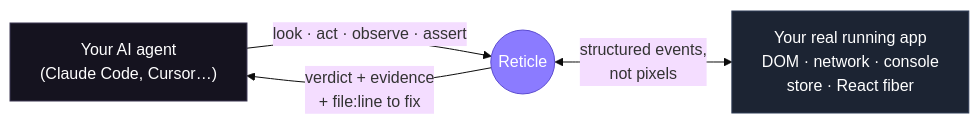
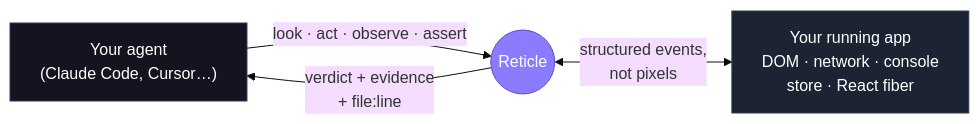
The diagram in README.md (Chirag6722/reticle), drawn with Mermaid (base theme) before and after one commit. The commit also changed other lines of this file and 3504 other files, not shown here.

````diff
--- a/README.md
+++ b/README.md
@@ -289,9 +197,9 @@
 ```mermaid
 flowchart LR
-    A["Your AI agent<br/>(Claude Code, Cursor…)"] -->|"look · act · observe · assert"| B(("Reticle"))
-    B <-->|"structured events,<br/>not pixels"| C["Your real running app<br/>DOM · network · console<br/>store · React fiber"]
-    B -->|"verdict + evidence<br/>+ file:line to fix"| A
+    A["Your agent<br/>(Claude Code, Cursor…)"] -->|"look · act · observe · assert"| B(("Reticle"))
+    B <-->|"structured events,<br/>not pixels"| C["Your running app<br/>DOM · network · console<br/>store · React fiber"]
+    B -->|"verdict + evidence<br/>+ file:line"| A
     style B fill:#8b7bff,stroke:#5b4bd0,color:#fff
     style A fill:#15131f,stroke:#3a3550,color:#fff
     style C fill:#1c2433,stroke:#2f3d57,color:#fff
 ```
````
